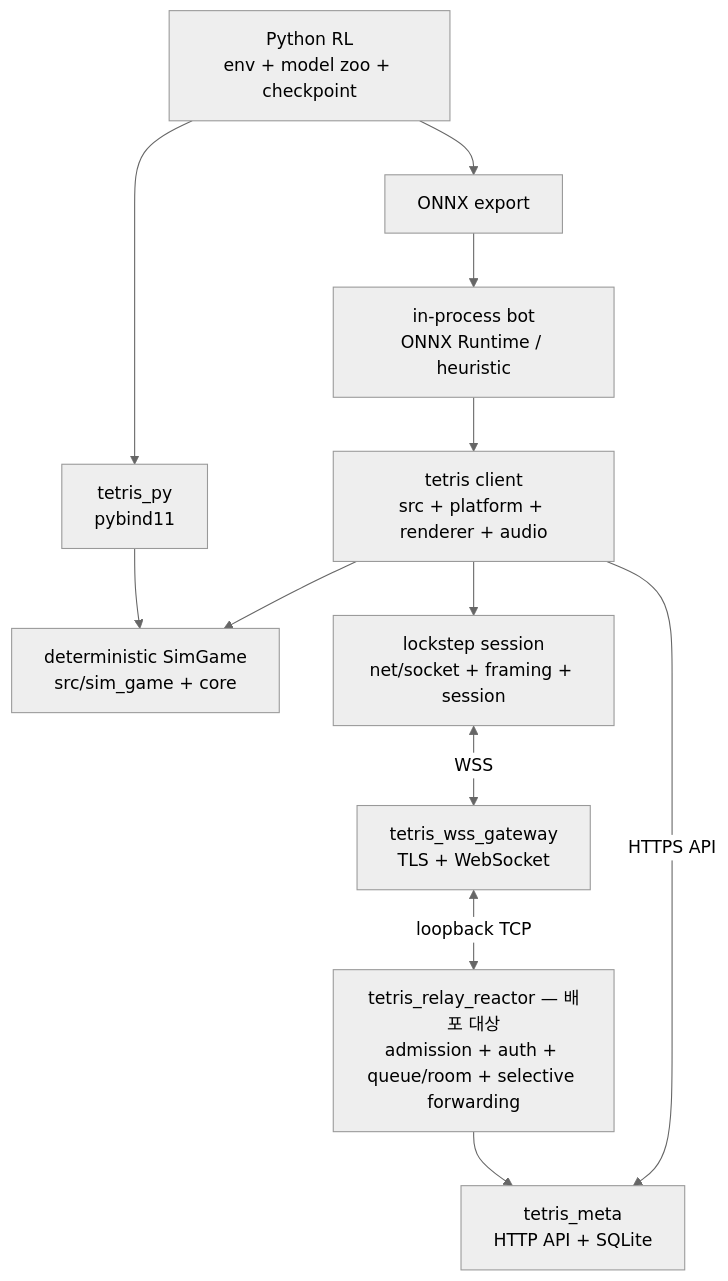
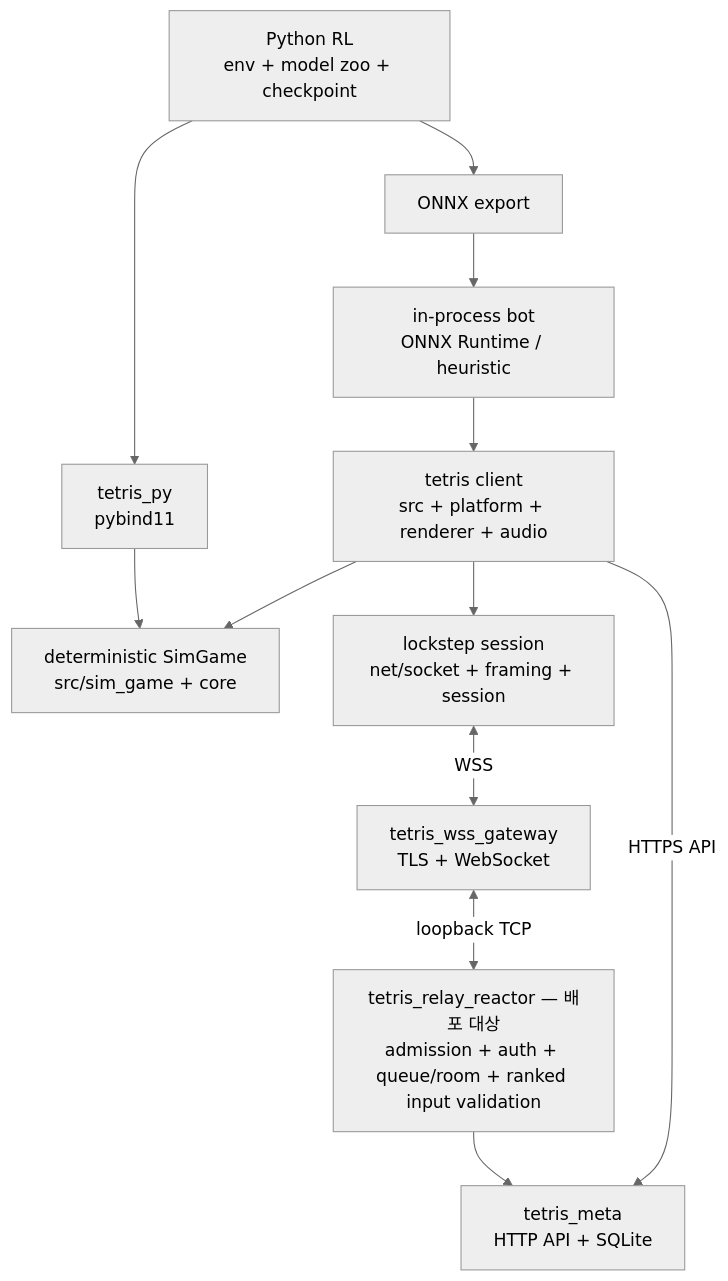
Before and after one commit to Rein-ArXiv/Tetris-Multiplayer-RL: the diagram in README.md, drawn with Mermaid (neutral theme). The commit also changed other lines of this file and 78 other files, not shown here.

````diff
--- a/README.md
+++ b/README.md
@@ -37,25 +39,25 @@
 ```mermaid
 flowchart TB
     Client["tetris client<br/>src + platform + renderer + audio"]
     Sim["deterministic SimGame<br/>src/sim_game + core"]
     Session["lockstep session<br/>net/socket + framing + session"]
-    Relay["tetris_relay_reactor — 배포 대상<br/>admission + auth + queue/room + selective forwarding"]
+    Relay["tetris_relay_reactor — 배포 대상<br/>admission + auth + queue/room + ranked input validation"]
     Meta["tetris_meta<br/>HTTP API + SQLite"]
     PyBind["tetris_py<br/>pybind11"]
     Train["Python RL<br/>env + model zoo + checkpoint"]
     Export["ONNX export"]
     Bot["in-process bot<br/>ONNX Runtime / heuristic"]
 
     Client --> Sim
     Client --> Session
     Gateway["tetris_wss_gateway<br/>TLS + WebSocket"]
     Session <-->|WSS| Gateway
     Gateway <-->|loopback TCP| Relay
     Client -->|HTTPS API| Meta
     Relay --> Meta
     PyBind --> Sim
     Train --> PyBind
     Train --> Export
     Export --> Bot
     Bot --> Client
 ```
````
